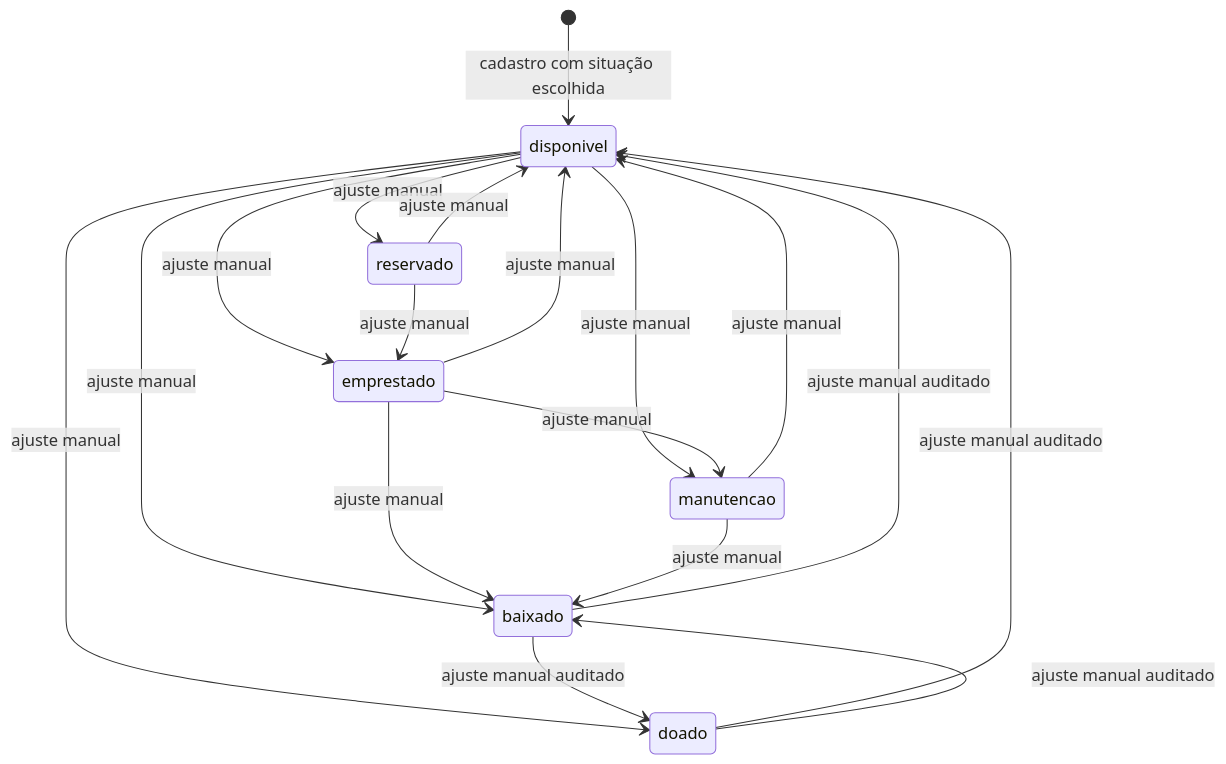
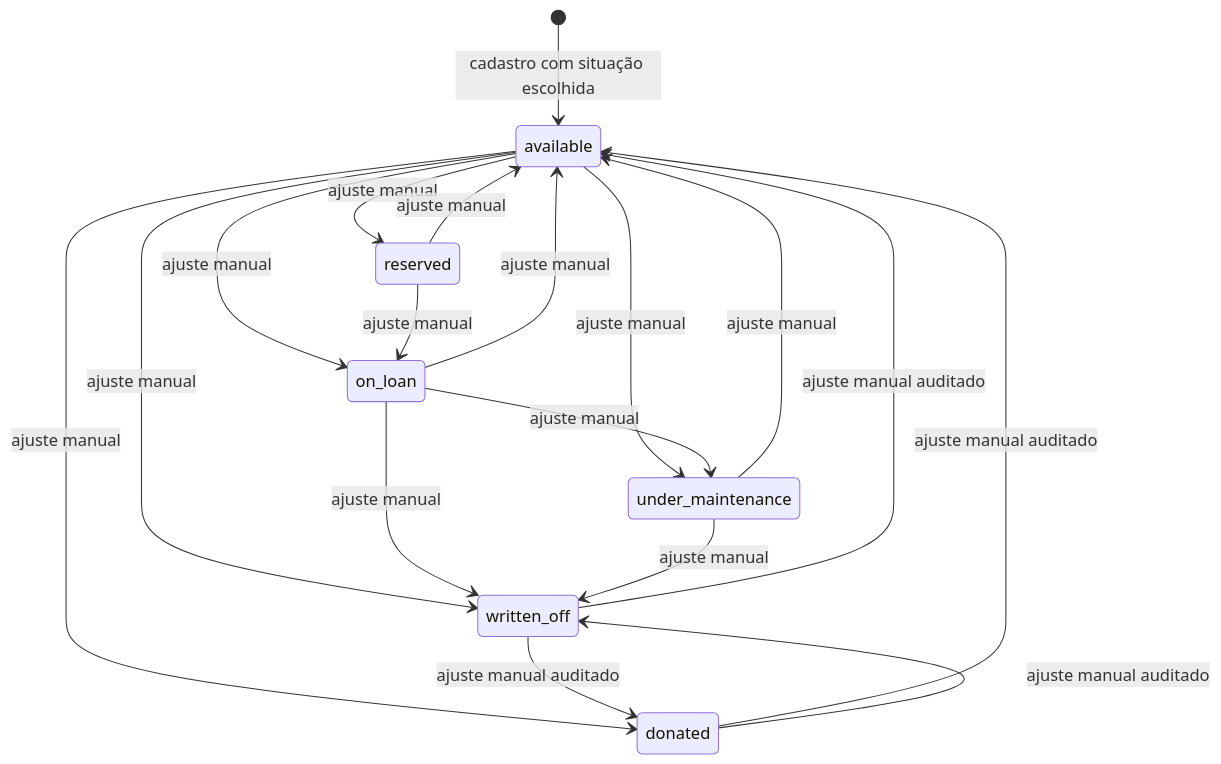
One commit to andreluizmiotto/banco-ortopedico changed the third of 3 diagrams in .specs/features/acervo-unidades-fisicas-fr-018-fr-025-fr-029/plan.md. Above: the diagram before and after it, drawn with Mermaid. The commit also changed other lines of this file and 8 other files, not shown here.

````diff
--- a/.specs/features/acervo-unidades-fisicas-fr-018-fr-025-fr-029/plan.md
+++ b/.specs/features/acervo-unidades-fisicas-fr-018-fr-025-fr-029/plan.md
@@ -105,20 +105,20 @@
 ```mermaid
 stateDiagram-v2
-    [*] --> disponivel: cadastro com situação escolhida
-    disponivel --> reservado: ajuste manual
-    disponivel --> emprestado: ajuste manual
-    disponivel --> manutencao: ajuste manual
-    disponivel --> doado: ajuste manual
-    disponivel --> baixado: ajuste manual
-    reservado --> disponivel: ajuste manual
-    reservado --> emprestado: ajuste manual
-    emprestado --> disponivel: ajuste manual
-    emprestado --> manutencao: ajuste manual
-    emprestado --> baixado: ajuste manual
-    manutencao --> disponivel: ajuste manual
-    manutencao --> baixado: ajuste manual
-    doado --> disponivel: ajuste manual auditado
-    doado --> baixado: ajuste manual auditado
-    baixado --> disponivel: ajuste manual auditado
-    baixado --> doado: ajuste manual auditado
+    [*] --> available: cadastro com situação escolhida
+    available --> reserved: ajuste manual
+    available --> on_loan: ajuste manual
+    available --> under_maintenance: ajuste manual
+    available --> donated: ajuste manual
+    available --> written_off: ajuste manual
+    reserved --> available: ajuste manual
+    reserved --> on_loan: ajuste manual
+    on_loan --> available: ajuste manual
+    on_loan --> under_maintenance: ajuste manual
+    on_loan --> written_off: ajuste manual
+    under_maintenance --> available: ajuste manual
+    under_maintenance --> written_off: ajuste manual
+    donated --> available: ajuste manual auditado
+    donated --> written_off: ajuste manual auditado
+    written_off --> available: ajuste manual auditado
+    written_off --> donated: ajuste manual auditado
 ```
````
